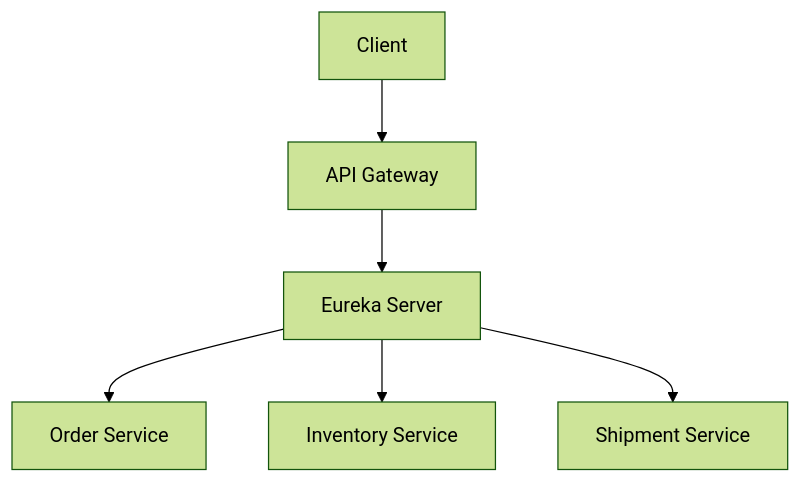
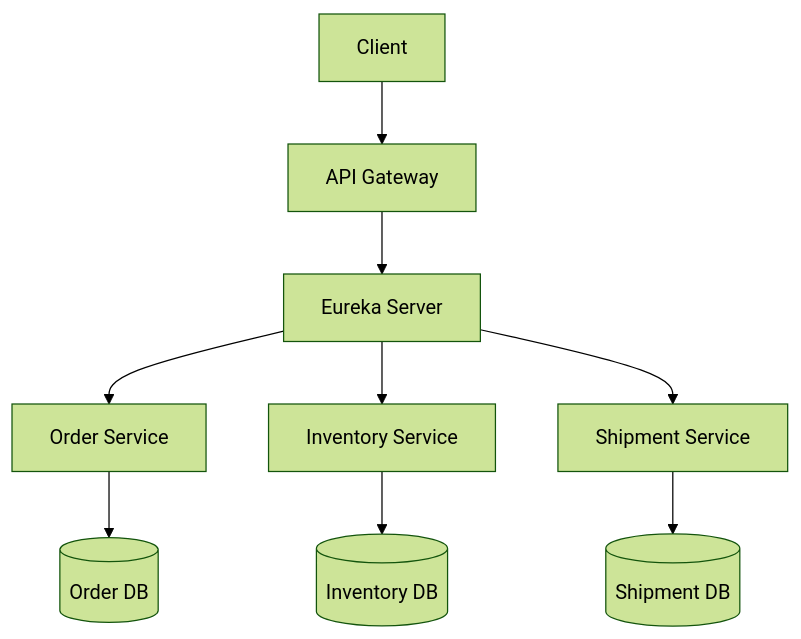
Before and after one commit to chanduujjina/APIGateWay: the second of 2 diagrams in README.md, drawn with Mermaid (forest theme).

````diff
--- a/README.md
+++ b/README.md
@@ -27,15 +27,21 @@
 ```mermaid
 flowchart TD
     A[Client]
     B[API Gateway]
     C[Eureka Server]
     D[Order Service]
     E[Inventory Service]
     F[Shipment Service]
+    G[(Order DB)]
+    H[(Inventory DB)]
+    I[(Shipment DB)]
 
     A --> B
     B --> C
     C --> D
     C --> E
-    C --> F 
+    C --> F
+    D --> G
+    E --> H
+    F --> I 
 ```
````
